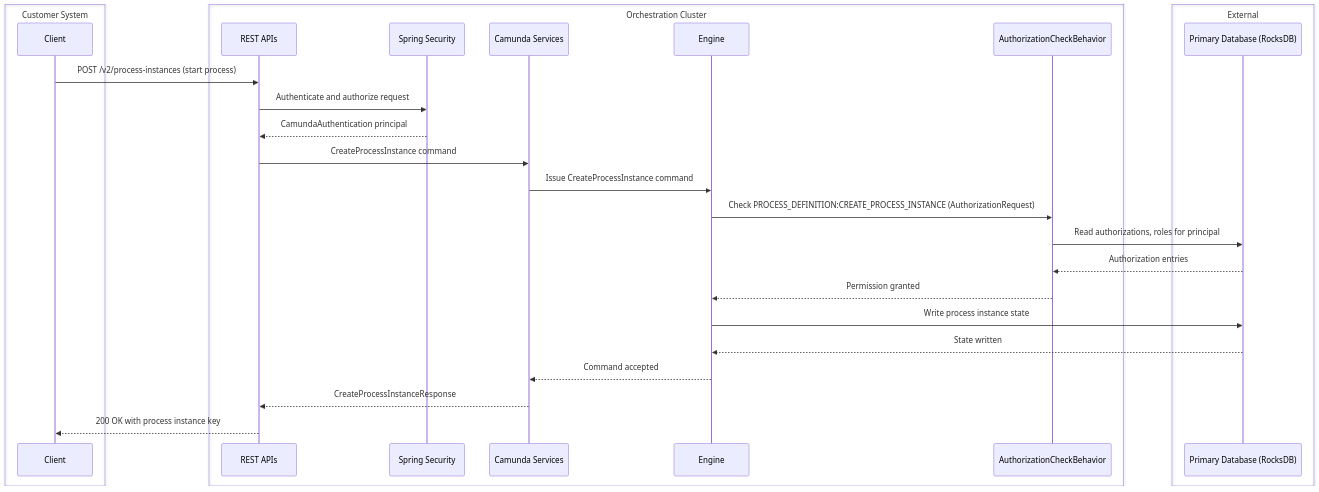
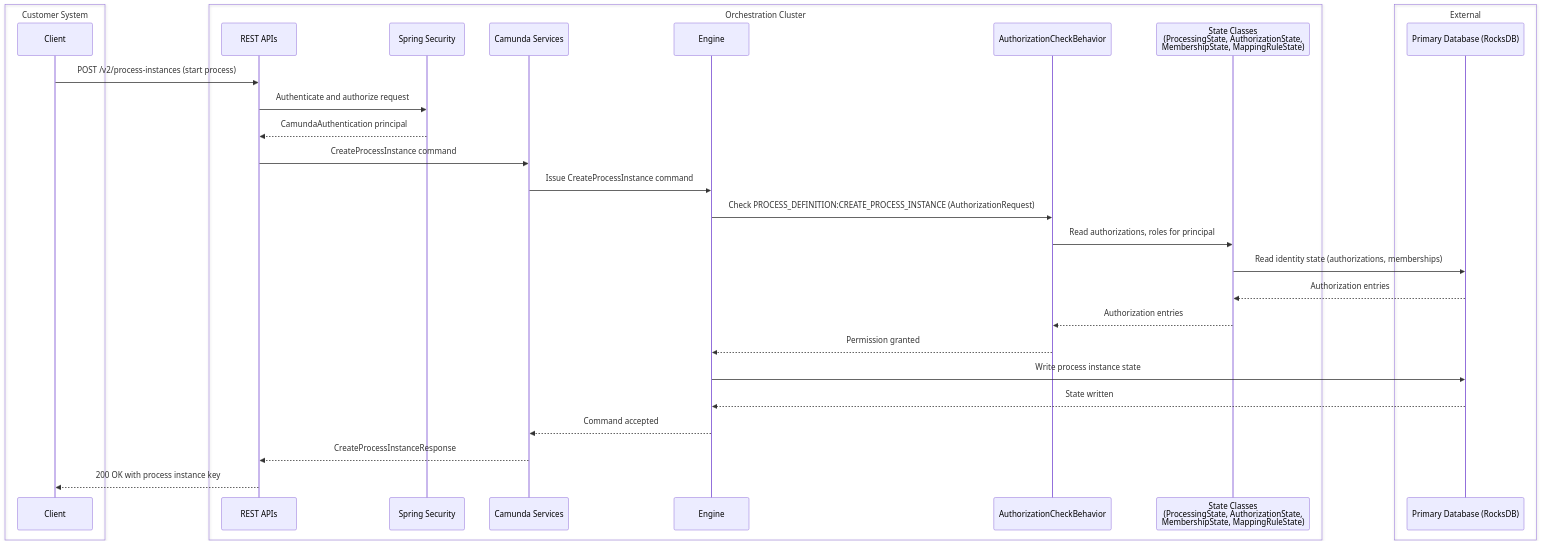
Diagram 14 of 17 in docs/identity/architecture-documentation.md (camunda/camunda), drawn with Mermaid before and after one commit. The commit also changed other lines of this file and 4 other files, not shown here.

Commit message:
docs: update identity arc42 architecture documentation based on review

````diff
--- a/docs/identity/architecture-documentation.md
+++ b/docs/identity/architecture-documentation.md
@@ -638,31 +707,34 @@
 ```mermaid
 sequenceDiagram
   box Customer System
     participant CLIENT as Client
   end
   box Orchestration Cluster
     participant REST as REST APIs
     participant SS as Spring Security
     participant CAMUNDA_SERVICES as Camunda Services
     participant ENGINE as Engine
     participant AUTHZ_BEHAVIOR as AuthorizationCheckBehavior
+    participant STATE as State Classes<br/>(ProcessingState, AuthorizationState,<br/>MembershipState, MappingRuleState)
   end
   box External
     participant PRIMARY_DB as Primary Database (RocksDB)
   end
 
   CLIENT->>REST: POST /v2/process-instances (start process)
   REST->>SS: Authenticate and authorize request
   SS-->>REST: CamundaAuthentication principal
   REST->>CAMUNDA_SERVICES: CreateProcessInstance command
   CAMUNDA_SERVICES->>ENGINE: Issue CreateProcessInstance command
   ENGINE->>AUTHZ_BEHAVIOR: Check PROCESS_DEFINITION:CREATE_PROCESS_INSTANCE (AuthorizationRequest)
-  AUTHZ_BEHAVIOR->>PRIMARY_DB: Read authorizations, roles for principal
-  PRIMARY_DB-->>AUTHZ_BEHAVIOR: Authorization entries
+  AUTHZ_BEHAVIOR->>STATE: Read authorizations, roles for principal
+  STATE->>PRIMARY_DB: Read identity state (authorizations, memberships)
+  PRIMARY_DB-->>STATE: Authorization entries
+  STATE-->>AUTHZ_BEHAVIOR: Authorization entries
   AUTHZ_BEHAVIOR-->>ENGINE: Permission granted
   ENGINE->>PRIMARY_DB: Write process instance state
   PRIMARY_DB-->>ENGINE: State written
   ENGINE-->>CAMUNDA_SERVICES: Command accepted
   CAMUNDA_SERVICES-->>REST: CreateProcessInstanceResponse
   REST-->>CLIENT: 200 OK with process instance key
 ```
````
